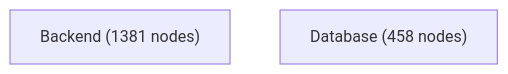
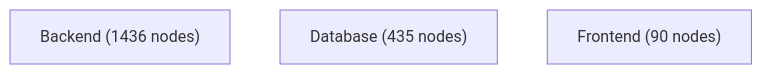
The diagram in docs/architecture-analysis/views/containers.mmd (jankneumann/agentic-coding-tools), drawn with Mermaid before and after one commit. The commit also changed 29 other files, not shown here.

```diff
--- a/docs/architecture-analysis/views/containers.mmd
+++ b/docs/architecture-analysis/views/containers.mmd
@@ -1,3 +1,4 @@
 flowchart TB
-    Backend["Backend (1381 nodes)"]
-    Database["Database (458 nodes)"]
+    Backend["Backend (1436 nodes)"]
+    Database["Database (435 nodes)"]
+    Frontend["Frontend (90 nodes)"]
```
